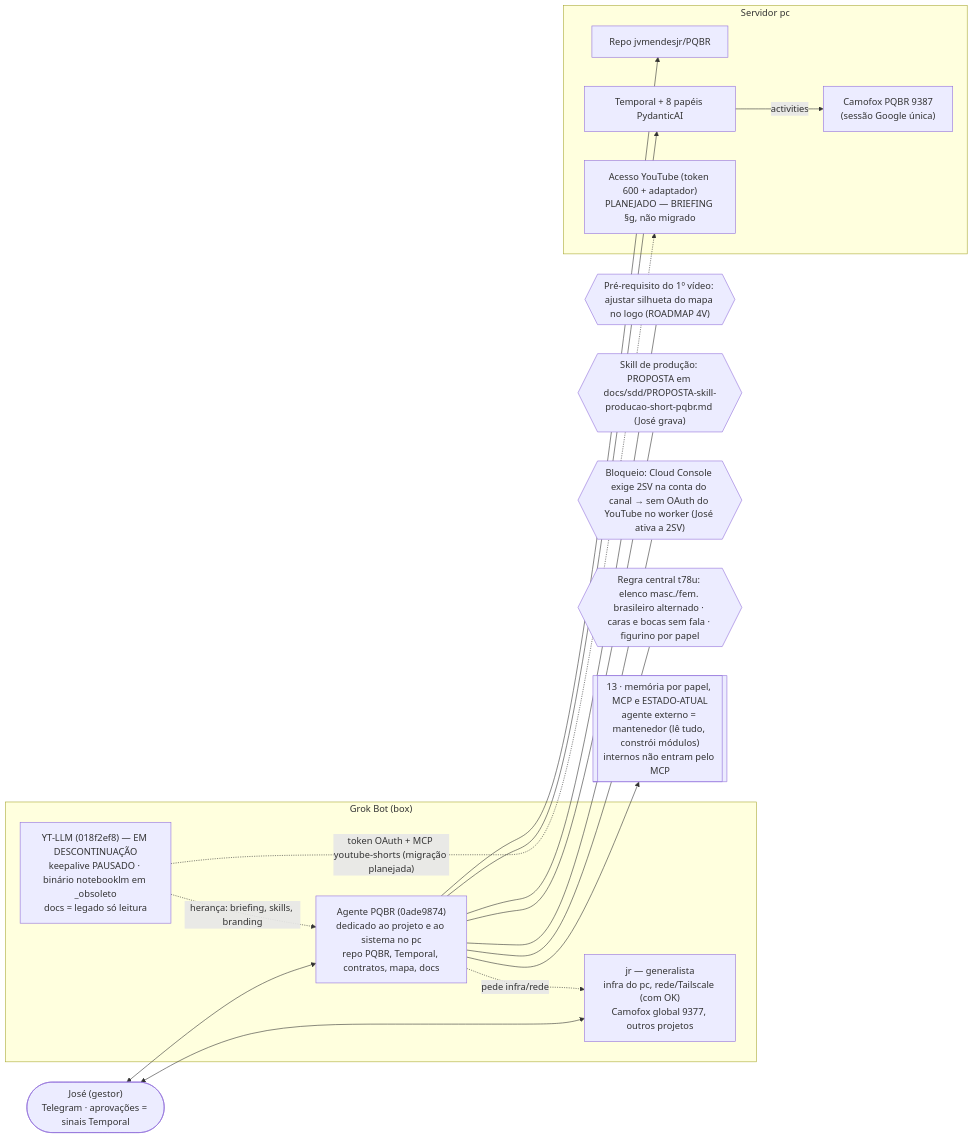
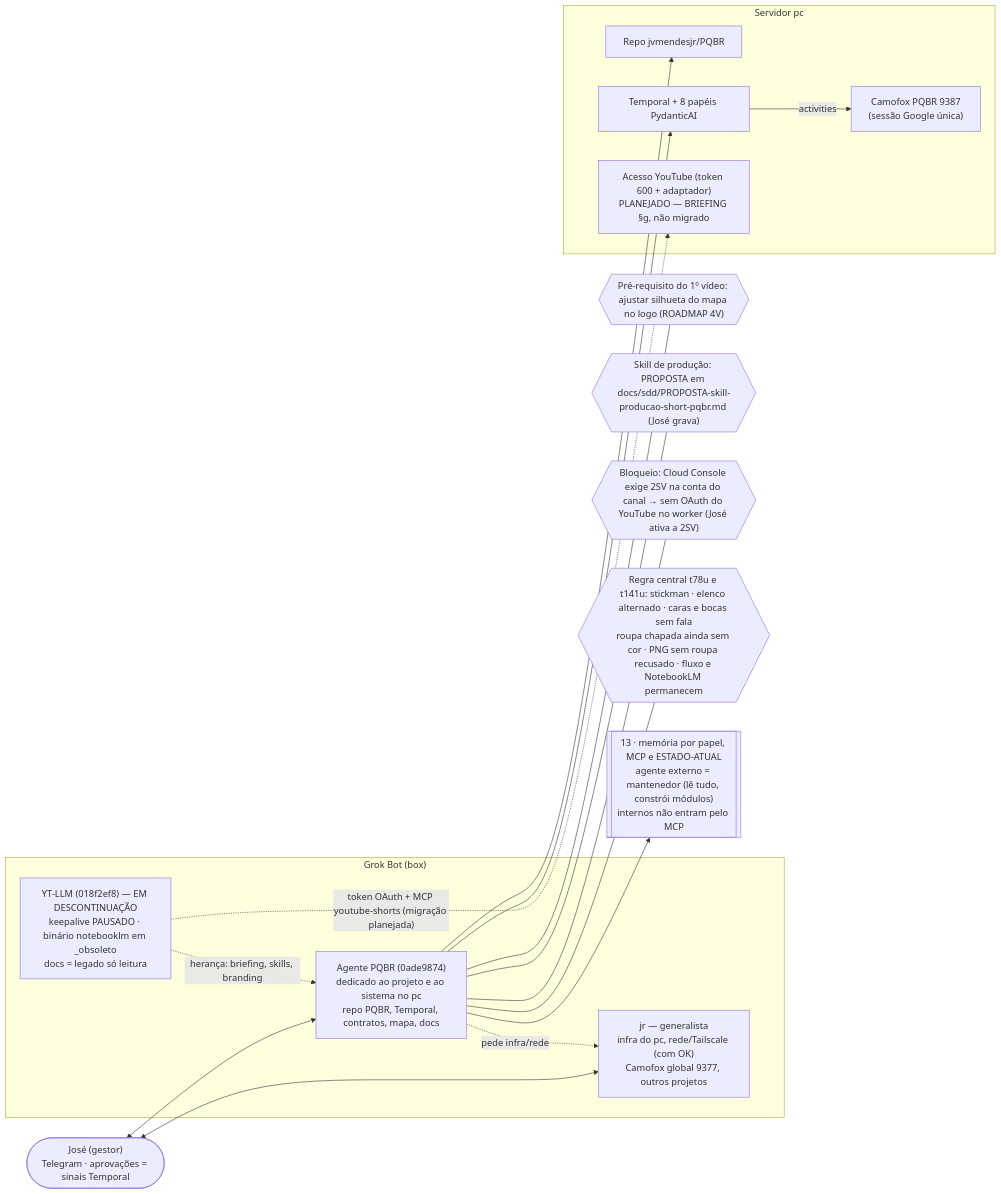
Before and after one commit to jvmendesjr/PQBR: the diagram in docs/mapa/09-agentes-responsabilidades.mmd, drawn with Mermaid. The commit also changed 12 other files, not shown here.

```diff
--- a/docs/mapa/09-agentes-responsabilidades.mmd
+++ b/docs/mapa/09-agentes-responsabilidades.mmd
@@ -1,31 +1,31 @@
 %% Agentes e responsabilidades (t533–t535, José 24/10/2026). Decisão registrada; não é gerado do código.
 flowchart LR
   J(["José (gestor)<br/>Telegram · aprovações = sinais Temporal"])
   subgraph BOX["Grok Bot (box)"]
     JR["jr — generalista<br/>infra do pc, rede/Tailscale (com OK)<br/>Camofox global 9377, outros projetos"]
     AG["Agente PQBR (0ade9874)<br/>dedicado ao projeto e ao sistema no pc<br/>repo PQBR, Temporal, contratos, mapa, docs"]
     YT["YT-LLM (018f2ef8) — EM DESCONTINUAÇÃO<br/>keepalive PAUSADO · binário notebooklm em _obsoleto<br/>docs = legado só leitura"]
   end
   subgraph PC["Servidor pc"]
     REPO["Repo jvmendesjr/PQBR"]
     TMP["Temporal + 8 papéis PydanticAI"]
     CF["Camofox PQBR 9387<br/>(sessão Google única)"]
     YTA["Acesso YouTube (token 600 + adaptador)<br/>PLANEJADO — BRIEFING §g, não migrado"]
   end
   J <--> AG
   J <--> JR
   AG --> REPO & TMP
   TMP -->|activities| CF
   AG -. "pede infra/rede" .-> JR
   YT -. "herança: briefing, skills, branding" .-> AG
   YT -. "token OAuth + MCP youtube-shorts (migração planejada)" .-> YTA
   P1{{"Pré-requisito do 1º vídeo: ajustar silhueta do mapa no logo (ROADMAP 4V)"}}
   P2{{"Skill de produção: PROPOSTA em docs/sdd/PROPOSTA-skill-producao-short-pqbr.md (José grava)"}}
   AG --- P1 & P2
   %% t73u–t78u (26/10/2026)
   P3{{"Bloqueio: Cloud Console exige 2SV na conta do canal → sem OAuth do YouTube no worker (José ativa a 2SV)"}}
-  P4{{"Regra central t78u: elenco masc./fem. brasileiro alternado · caras e bocas sem fala · figurino por papel"}}
+  P4{{"Regra central t78u e t141u: stickman · elenco alternado · caras e bocas sem fala<br/>roupa chapada ainda sem cor · PNG sem roupa recusado · fluxo e NotebookLM permanecem"}}
   AG --- P3 & P4
   %% t84u–t101u (26/10/2026): memória, GitNexus, MCP e handoff detalhados no diagrama 13 (sem repetir aqui)
   MEM13[["13 · memória por papel, MCP e ESTADO-ATUAL<br/>agente externo = mantenedor (lê tudo, constrói módulos)<br/>internos não entram pelo MCP"]]
   AG --> MEM13
```
